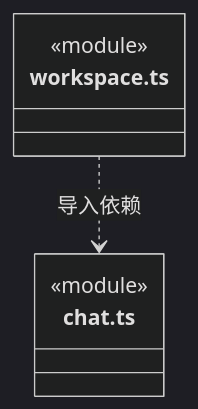
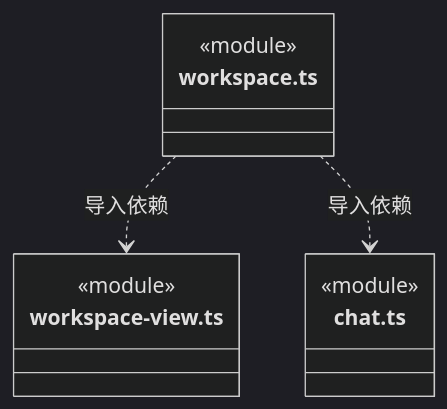
Diagram 59 of 59 in src/bridge/contracts/ARCHITECTURE.md (nan023062/cbim), drawn with Mermaid (dark theme) before and after one commit. The commit also changed other lines of this file and 356 other files, not shown here.

First line of the commit message:
chore: preserve architecture remediation before desktop 0.1.7 alignment

````diff
--- a/src/bridge/contracts/ARCHITECTURE.md
+++ b/src/bridge/contracts/ARCHITECTURE.md
@@ -549,10 +1268,14 @@
 ```mermaid
 classDiagram
 class N_src_bridge_contracts_workspace_ts["workspace.ts"] {
   <<module>>
 }
+class N_src_bridge_contracts_workspace_view_ts["workspace-view.ts"] {
+  <<module>>
+}
 class N_src_bridge_contracts_chat_ts["chat.ts"] {
   <<module>>
 }
+N_src_bridge_contracts_workspace_ts ..> N_src_bridge_contracts_workspace_view_ts : 导入依赖
 N_src_bridge_contracts_workspace_ts ..> N_src_bridge_contracts_chat_ts : 导入依赖
 ```
````
